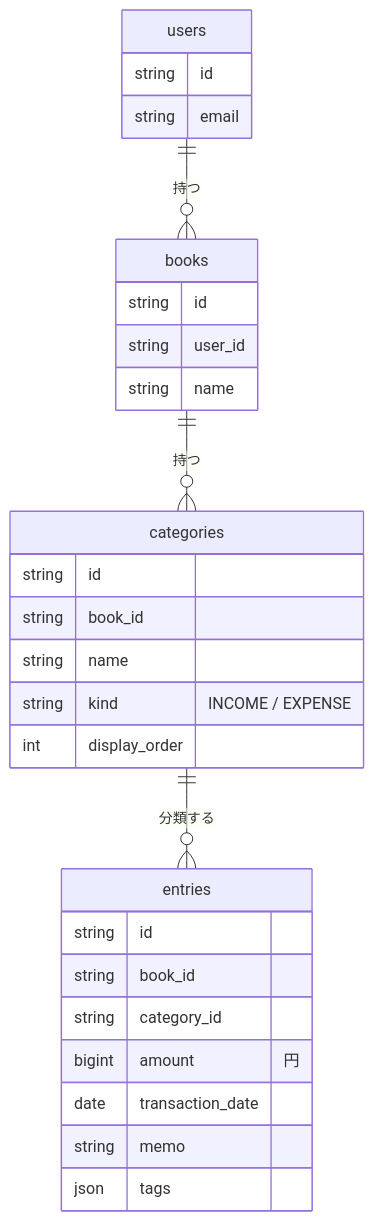
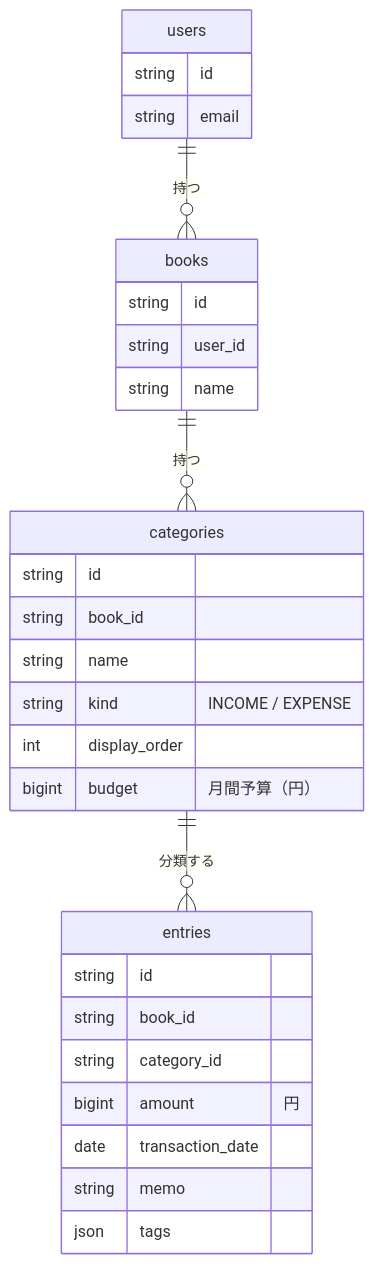
The second of 2 diagrams in README.md (NakamuraKazki051/finance-manager-app), drawn with Mermaid before and after one commit. The commit also changed other lines of this file and 14 other files, not shown here.

First line of the commit message:
Add monthly budgets for expense categories

````diff
--- a/README.md
+++ b/README.md
@@ -99,10 +105,10 @@
 ```mermaid
 erDiagram
     users ||--o{ books : "持つ"
     books ||--o{ categories : "持つ"
     categories ||--o{ entries : "分類する"
     users { string id string email }
     books { string id string user_id string name }
-    categories { string id string book_id string name string kind "INCOME / EXPENSE" int display_order }
+    categories { string id string book_id string name string kind "INCOME / EXPENSE" int display_order bigint budget "月間予算（円）" }
     entries { string id string book_id string category_id bigint amount "円" date transaction_date string memo json tags }
 ```
````
